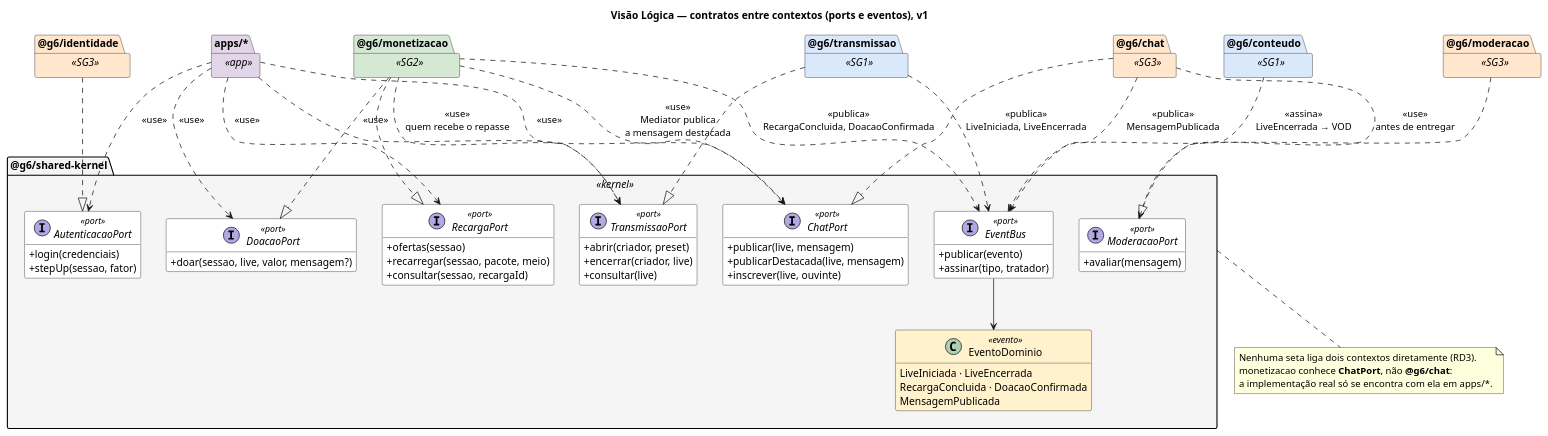
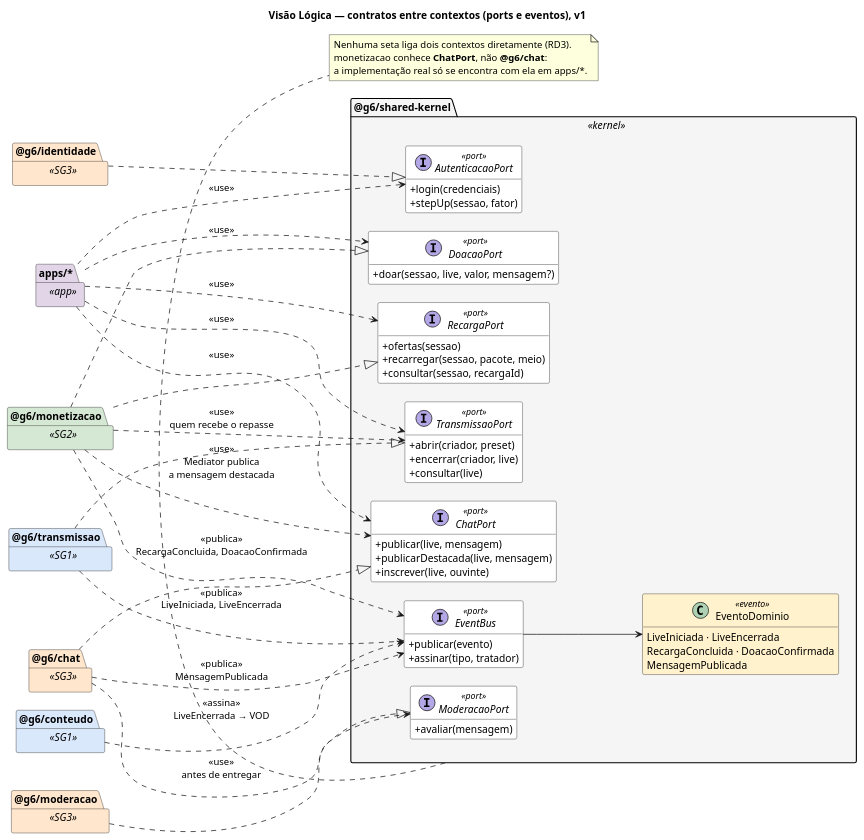
Before and after one commit to UnBArqDsw2026-2-Turma01/2026.2-T01-_G6_ProjetoStreamingVideo_Entrega_04: the diagram in docs/Base/Relatórios/1.1.1.DAS/assets/visao-logica/visao-logica-contratos-v1.puml, drawn with PlantUML. The commit also changed 13 other files, not shown here.

First line of the commit message:
docs(visao-logica): export diagrams and fix layout

```diff
--- a/docs/Base/Relatórios/1.1.1.DAS/assets/visao-logica/visao-logica-contratos-v1.puml
+++ b/docs/Base/Relatórios/1.1.1.DAS/assets/visao-logica/visao-logica-contratos-v1.puml
@@ -1,115 +1,118 @@
 @startuml visao-logica-contratos-v1
 ' Visão Lógica (DAS 1.1.1.5) — contratos entre contextos: ports providos e requeridos
 ' e eventos de domínio publicados e assinados.
 ' Autoria: SubEquipe_01 (Lucas Andrade Zanetti, Matheus Lemes Amaral,
 ' Pedro Druck Montalvão Reis, Heitor Macedo Ricardo), 2026. Versão 1.
 ' Fonte: TSDoc "Provê / Consome / Garante" de cada port em
 ' packages/shared-kernel/src/ports/*.ts e src/eventos/evento-dominio.ts (PR #26 @ b75c711).
 
 title Visão Lógica — contratos entre contextos (ports e eventos), v1
 
+left to right direction
+skinparam nodesep 25
+skinparam ranksep 60
 skinparam backgroundColor #FFFFFF
 skinparam shadowing false
 skinparam defaultFontName Helvetica
 skinparam packageStyle folder
 skinparam classAttributeIconSize 0
 hide empty members
 skinparam package {
   BackgroundColor<<SG1>> #DAE8FC
   BackgroundColor<<SG2>> #D5E8D4
   BackgroundColor<<SG3>> #FFE6CC
   BackgroundColor<<kernel>> #F5F5F5
   BackgroundColor<<app>> #E1D5E7
 }
 skinparam class {
   BackgroundColor<<port>> #FFFFFF
   BackgroundColor<<evento>> #FFF2CC
 }
 
 package "apps/*" as apps <<app>> {
 }
 
 package "@g6/shared-kernel" as kernel <<kernel>> {
   interface AutenticacaoPort <<port>> {
     + login(credenciais)
     + stepUp(sessao, fator)
   }
   interface TransmissaoPort <<port>> {
     + abrir(criador, preset)
     + encerrar(criador, live)
     + consultar(live)
   }
   interface RecargaPort <<port>> {
     + ofertas(sessao)
     + recarregar(sessao, pacote, meio)
     + consultar(sessao, recargaId)
   }
   interface DoacaoPort <<port>> {
     + doar(sessao, live, valor, mensagem?)
   }
   interface ChatPort <<port>> {
     + publicar(live, mensagem)
     + publicarDestacada(live, mensagem)
     + inscrever(live, ouvinte)
   }
   interface ModeracaoPort <<port>> {
     + avaliar(mensagem)
   }
   interface EventBus <<port>> {
     + publicar(evento)
     + assinar(tipo, tratador)
   }
   class "EventoDominio" as Evento <<evento>> {
     LiveIniciada · LiveEncerrada
     RecargaConcluida · DoacaoConfirmada
     MensagemPublicada
   }
 }
 
 package "@g6/identidade" as identidade <<SG3>> {
 }
 package "@g6/transmissao" as transmissao <<SG1>> {
 }
 package "@g6/conteudo" as conteudo <<SG1>> {
 }
 package "@g6/monetizacao" as monetizacao <<SG2>> {
 }
 package "@g6/chat" as chat <<SG3>> {
 }
 package "@g6/moderacao" as moderacao <<SG3>> {
 }
 
 ' Provê: o contexto realiza o port (seta de realização).
 identidade ..|> AutenticacaoPort
 transmissao ..|> TransmissaoPort
 monetizacao ..|> RecargaPort
 monetizacao ..|> DoacaoPort
 chat ..|> ChatPort
 moderacao ..|> ModeracaoPort
 
 ' Requer: o contexto usa o port; a implementação concreta é injetada por apps/*.
 monetizacao ..> ChatPort : <<use>>\nMediator publica\na mensagem destacada
 monetizacao ..> TransmissaoPort : <<use>>\nquem recebe o repasse
 chat ..> ModeracaoPort : <<use>>\nantes de entregar
 
 ' Eventos de domínio pelo EventBus (publica / assina).
 transmissao ..> EventBus : <<publica>>\nLiveIniciada, LiveEncerrada
 monetizacao ..> EventBus : <<publica>>\nRecargaConcluida, DoacaoConfirmada
 chat ..> EventBus : <<publica>>\nMensagemPublicada
 conteudo ..> EventBus : <<assina>>\nLiveEncerrada → VOD
 EventBus --> Evento
 
 ' apps consomem os ports de borda e compõem tudo.
 apps ..> AutenticacaoPort : <<use>>
 apps ..> TransmissaoPort : <<use>>
 apps ..> RecargaPort : <<use>>
 apps ..> DoacaoPort : <<use>>
 apps ..> ChatPort : <<use>>
 
 note bottom of kernel
   Nenhuma seta liga dois contextos diretamente (RD3).
   monetizacao conhece **ChatPort**, não **@g6/chat**:
   a implementação real só se encontra com ela em apps/*.
 end note
 
 @enduml
```
